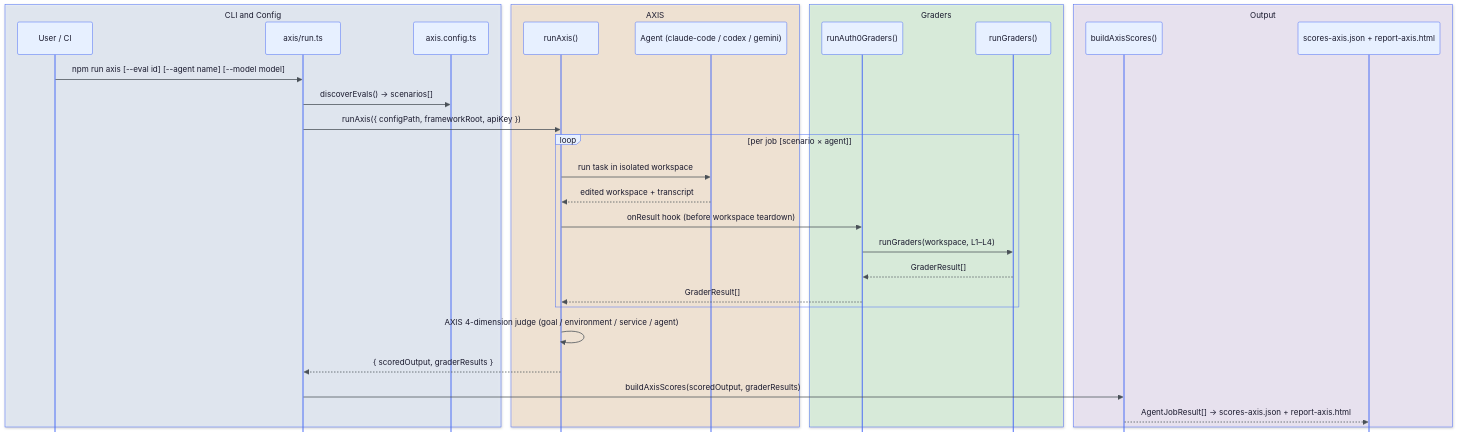
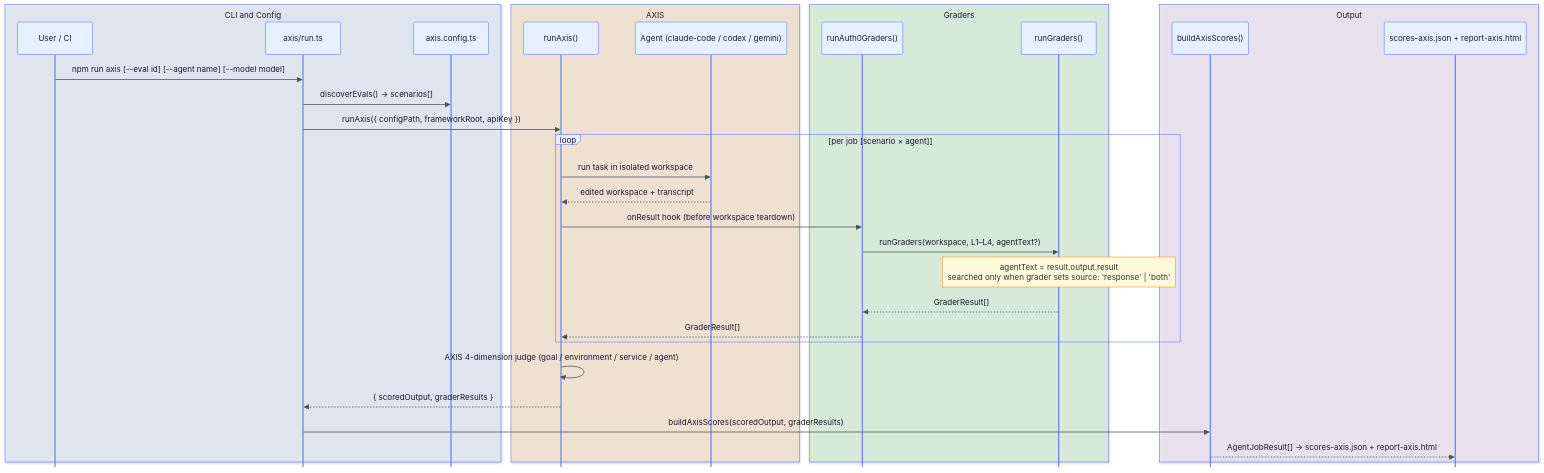
The third of 3 diagrams in docs/ARCHITECTURE.md (auth0/auth0-evals), drawn with Mermaid before and after one commit. The commit also changed other lines of this file, not shown here.

First line of the commit message:
docs(architecture): document agentText flow and source opt-in in sequence diagrams

````diff
--- a/docs/ARCHITECTURE.md
+++ b/docs/ARCHITECTURE.md
@@ -231,44 +232,45 @@
 ```mermaid
 %%{init: {'theme':'base', 'mirrorActors': false, 'themeVariables': {
   'primaryColor':'#E7F0FF','primaryBorderColor':'#4C6EF5','primaryTextColor':'#1A1A2E',
   'actorBkg':'#E7F0FF','actorBorder':'#4C6EF5','actorTextColor':'#1A1A2E',
   'signalColor':'#495057','signalTextColor':'#1A1A2E','noteBkgColor':'#FFF9DB','noteBorderColor':'#F08C00',
   'fontFamily':'ui-sans-serif, system-ui, sans-serif'
 }}}%%
 sequenceDiagram
     box rgba(231,240,255,0.6) CLI and Config
         participant U as User / CI
         participant Run as axis/run.ts
         participant Config as axis.config.ts
     end
     box rgba(255,232,204,0.55) AXIS
         participant Axis as runAxis()
         participant Agent as Agent (claude-code / codex / gemini)
     end
     box rgba(211,249,216,0.5) Graders
         participant Hook as runAuth0Graders()
         participant GE as runGraders()
     end
     box rgba(243,232,255,0.55) Output
         participant Build as buildAxisScores()
         participant Out as scores-axis.json + report-axis.html
     end
 
     U->>Run: npm run axis [--eval id] [--agent name] [--model model]
     Run->>Config: discoverEvals() → scenarios[]
     Run->>Axis: runAxis({ configPath, frameworkRoot, apiKey })
 
     loop per job [scenario × agent]
         Axis->>Agent: run task in isolated workspace
         Agent-->>Axis: edited workspace + transcript
         Axis->>Hook: onResult hook (before workspace teardown)
-        Hook->>GE: runGraders(workspace, L1–L4)
+        Hook->>GE: runGraders(workspace, L1–L4, agentText?)
+        Note over GE: agentText = result.output.result<br/>searched only when grader sets source: 'response' | 'both'
         GE-->>Hook: GraderResult[]
         Hook-->>Axis: GraderResult[]
     end
 
     Axis->>Axis: AXIS 4-dimension judge (goal / environment / service / agent)
     Axis-->>Run: { scoredOutput, graderResults }
     Run->>Build: buildAxisScores(scoredOutput, graderResults)
     Build-->>Out: AgentJobResult[] → scores-axis.json + report-axis.html
 ```
````
